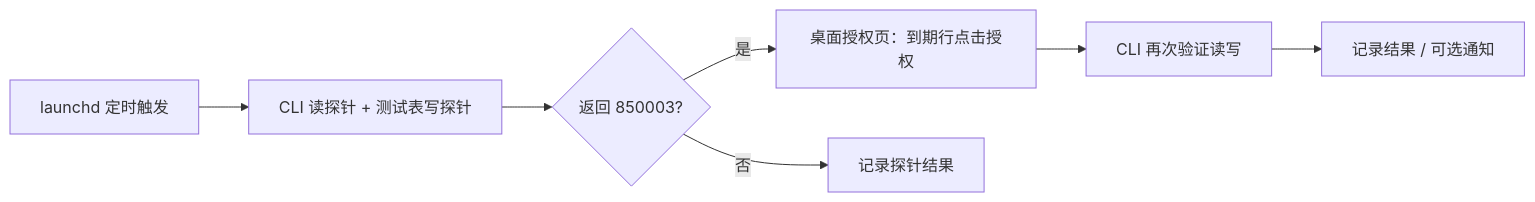
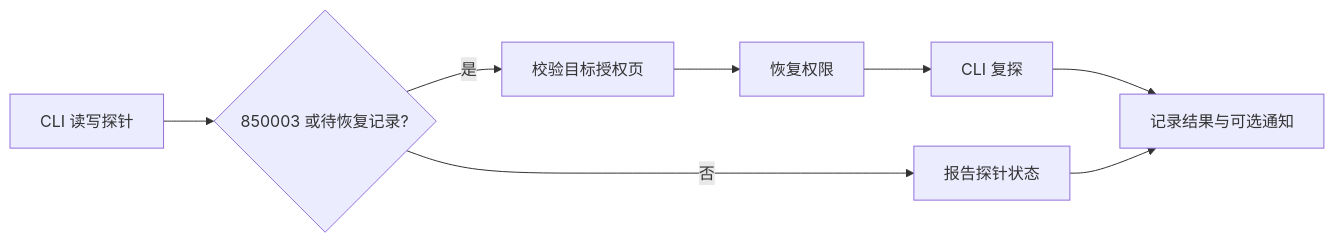
The diagram in README.md (fyaic/wecom-auth-keeper), drawn with Mermaid before and after one commit. The commit also changed other lines of this file and 1 other file, not shown here.

````diff
--- a/README.md
+++ b/README.md
@@ -30,9 +78,10 @@
 ```mermaid
 flowchart LR
-    A[launchd 定时触发] --> B[CLI 读探针 + 测试表写探针]
-    B --> C{返回 850003?}
-    C -->|是| D[桌面授权页：到期行点击授权]
-    D --> E[CLI 再次验证读写]
-    E --> F[记录结果 / 可选通知]
-    C -->|否| G[记录探针结果]
+    A[CLI 读写探针] --> B{850003 或待恢复记录?}
+    B -->|是| C[校验目标授权页]
+    C --> D[恢复权限]
+    D --> E[CLI 复探]
+    B -->|否| F[报告探针状态]
+    E --> G[记录结果与可选通知]
+    F --> G
 ```
````
